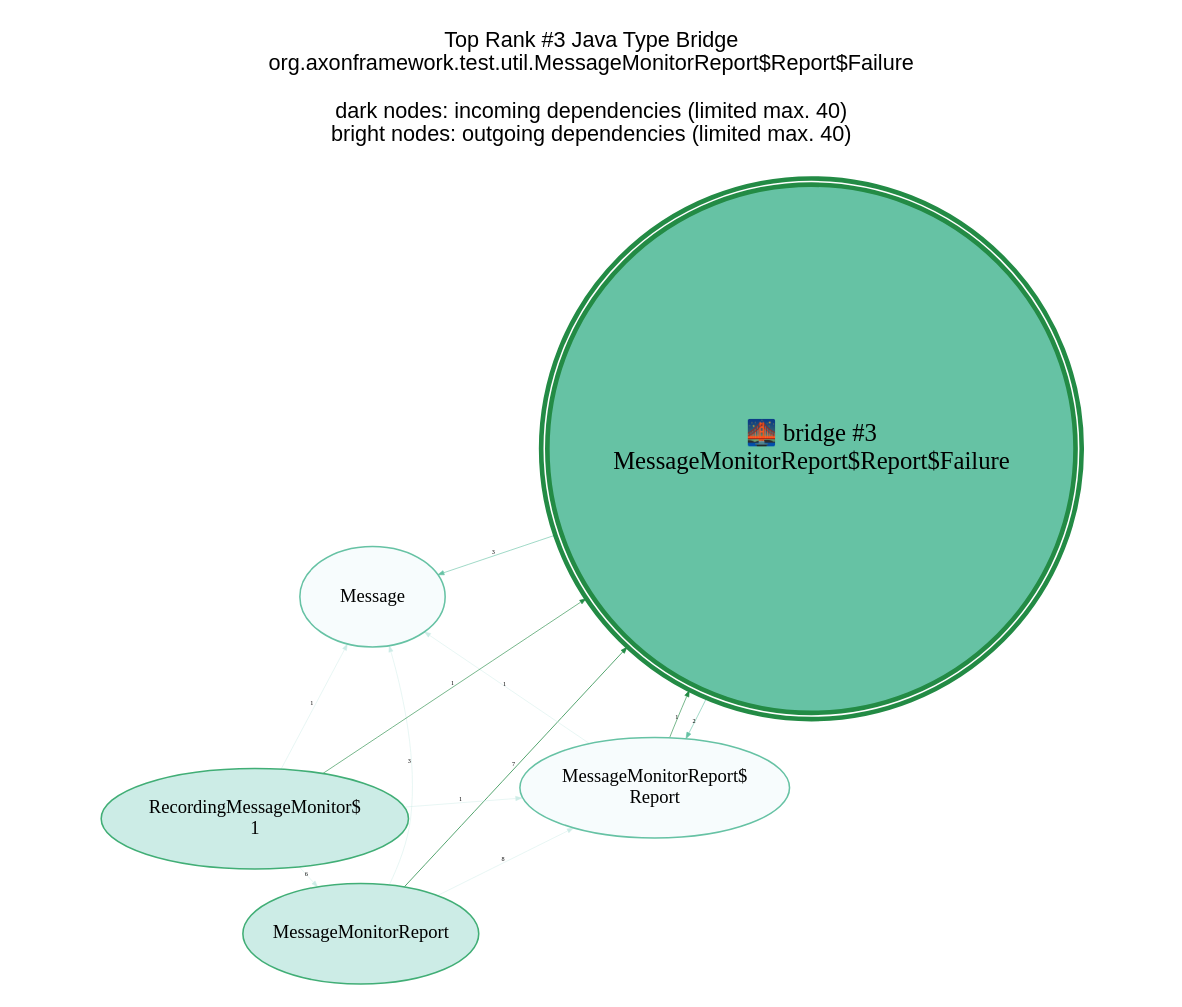
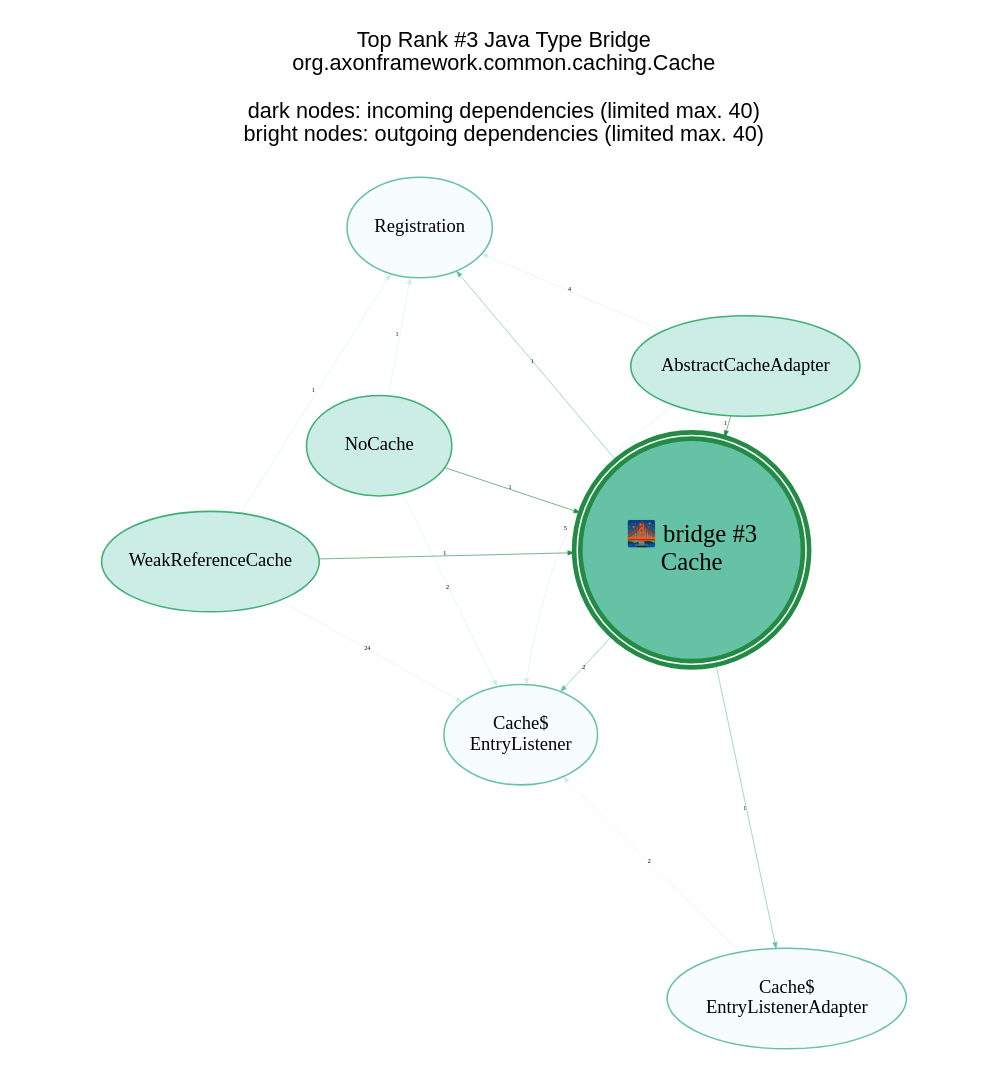
One commit to JohT/code-graph-analysis-examples changed the diagram in analysis-results/AxonFramework/latest/anomaly-detection/Java_Type/GraphVisualizations/graphviz/TopBridge3.gv. Above: the diagram before and after it, drawn with Graphviz. The commit also changed 505 other files, not shown here.

```diff
--- a/analysis-results/AxonFramework/latest/anomaly-detection/Java_Type/GraphVisualizations/graphviz/TopBridge3.gv
+++ b/analysis-results/AxonFramework/latest/anomaly-detection/Java_Type/GraphVisualizations/graphviz/TopBridge3.gv
@@ -1,28 +1,30 @@
 // This GraphViz dot file was generated by the script convertQueryResultCsvToGraphVizDotFile.sh with TopCentral.template
 
 strict digraph TopBridge3 {
     graph [layout = "fdp"; start = "7"; splines = "spline"; pad = "0.8,0.1"; outputorder = "edgesfirst";];
     graph [fontname = "Helvetica,Arial,sans-serif"; labelloc = "t";];
     node [colorscheme = "bugn9"; color = 6; fillcolor = 3;];
     edge [colorscheme = "bugn9"; color = 7;];
     node [fontsize = 12; style = "filled"; margin = "0.03,0.03"; width="1.3"; height="0.9";];
     edge [fontsize = 4; arrowsize = "0.4";];
 
     central [shape = "doublecircle"; height = "2.0"; margin = "0.000001,0.000001";];
     central [fontsize = 16;];
     central [color = 7; fillcolor = 5; penwidth = 3;];
 
-	graph   [label="Top Rank #3 Java Type Bridge\norg.axonframework.test.util.MessageMonitorReport$Report$Failure\n\ndark nodes: incoming dependencies (limited max. 40)\nbright nodes: outgoing dependencies (limited max. 40)\n\n"];
-	central [label="🌉 bridge #3\nMessageMonitorReport$Report$Failure"];
-	"MessageMonitorReport_16805" [label = "MessageMonitorReport"; ]; "MessageMonitorReport_16805" -> central [label=7; weight=7; penwidth=0.5];
-	"MessageMonitorReport$Report_16800" [label = "MessageMonitorReport$\nReport"; ]; "MessageMonitorReport$Report_16800" -> central [label=1; weight=1; penwidth=0.4];
-	"RecordingMessageMonitor$1_16807" [label = "RecordingMessageMonitor$\n1"; ]; "RecordingMessageMonitor$1_16807" -> central [label=1; weight=1; penwidth=0.4];
-	"Message_25158" [label = "Message"; color = 5; fillcolor = 1; ]; central -> "Message_25158" [label=3; weight=3; penwidth=0.4; color = 5];
-	"MessageMonitorReport$Report_16800" [label = "MessageMonitorReport$\nReport"; color = 5; fillcolor = 1; ]; central -> "MessageMonitorReport$Report_16800" [label=2; weight=2; penwidth=0.4; color = 5];
-	"MessageMonitorReport_16805" -> "MessageMonitorReport$Report_16800" [label=8; weight=8; penwidth=0.3; color = 3]
-	"RecordingMessageMonitor$1_16807" -> "MessageMonitorReport_16805" [label=6; weight=6; penwidth=0.3; color = 3]
-	"MessageMonitorReport_16805" -> "Message_25158" [label=3; weight=3; penwidth=0.3; color = 3]
-	"MessageMonitorReport$Report_16800" -> "Message_25158" [label=1; weight=1; penwidth=0.3; color = 3]
-	"RecordingMessageMonitor$1_16807" -> "Message_25158" [label=1; weight=1; penwidth=0.3; color = 3]
-	"RecordingMessageMonitor$1_16807" -> "MessageMonitorReport$Report_16800" [label=1; weight=1; penwidth=0.3; color = 3]
+	graph   [label="Top Rank #3 Java Type Bridge\norg.axonframework.common.caching.Cache\n\ndark nodes: incoming dependencies (limited max. 40)\nbright nodes: outgoing dependencies (limited max. 40)\n\n"];
+	central [label="🌉 bridge #3\nCache"];
+	"AbstractCacheAdapter_10144" [label = "AbstractCacheAdapter"; ]; "AbstractCacheAdapter_10144" -> central [label=1; weight=1; penwidth=0.4];
+	"NoCache_11042" [label = "NoCache"; ]; "NoCache_11042" -> central [label=1; weight=1; penwidth=0.4];
+	"WeakReferenceCache_11040" [label = "WeakReferenceCache"; ]; "WeakReferenceCache_11040" -> central [label=1; weight=1; penwidth=0.4];
+	"Cache$EntryListener_10475" [label = "Cache$\nEntryListener"; color = 5; fillcolor = 1; ]; central -> "Cache$EntryListener_10475" [label=2; weight=2; penwidth=0.4; color = 5];
+	"Cache$EntryListenerAdapter_10123" [label = "Cache$\nEntryListenerAdapter"; color = 5; fillcolor = 1; ]; central -> "Cache$EntryListenerAdapter_10123" [label=1; weight=1; penwidth=0.4; color = 5];
+	"Registration_10474" [label = "Registration"; color = 5; fillcolor = 1; ]; central -> "Registration_10474" [label=1; weight=1; penwidth=0.4; color = 5];
+	"WeakReferenceCache_11040" -> "Cache$EntryListener_10475" [label=24; weight=24; penwidth=0.3; color = 3]
+	"AbstractCacheAdapter_10144" -> "Cache$EntryListener_10475" [label=5; weight=5; penwidth=0.3; color = 3]
+	"AbstractCacheAdapter_10144" -> "Registration_10474" [label=4; weight=4; penwidth=0.3; color = 3]
+	"Cache$EntryListenerAdapter_10123" -> "Cache$EntryListener_10475" [label=2; weight=2; penwidth=0.3; color = 3]
+	"NoCache_11042" -> "Cache$EntryListener_10475" [label=2; weight=2; penwidth=0.3; color = 3]
+	"NoCache_11042" -> "Registration_10474" [label=1; weight=1; penwidth=0.3; color = 3]
+	"WeakReferenceCache_11040" -> "Registration_10474" [label=1; weight=1; penwidth=0.3; color = 3]
 }
```
